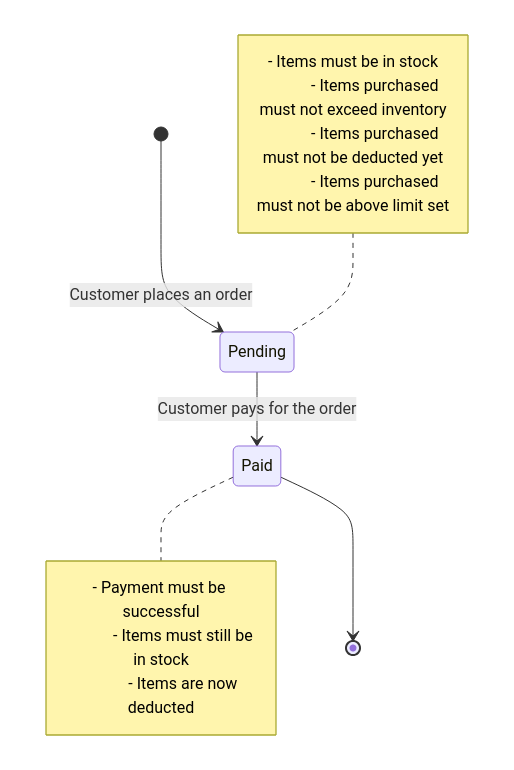
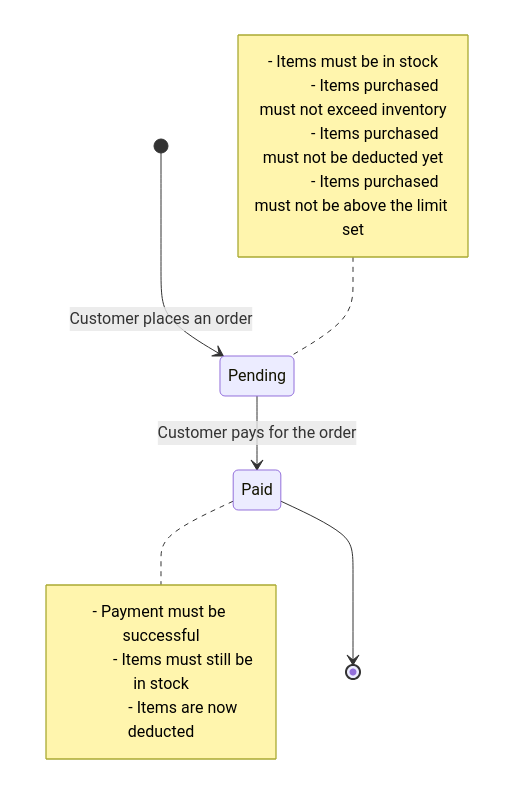
The fifth of 7 diagrams in content/posts/statechart.md (JianLoong/jianloong.github.io), drawn with Mermaid before and after one commit. The commit also changed other lines of this file and 66 other files, not shown here.

```diff
--- a/content/posts/statechart.md
+++ b/content/posts/statechart.md
@@ -109,19 +114,19 @@
 {{<mermaid align="center">}}
 stateDiagram-v2
 
-    [*] --> Pending : Customer places an order
+    [*] --> Pending: Customer places an order
         note left of Pending
             - Items must be in stock
             - Items purchased must not exceed inventory
             - Items purchased must not be deducted yet
-            - Items purchased must not be above limit set
+            - Items purchased must not be above the limit set
         end note
     Pending-->Paid: Customer pays for the order
             note right of Paid
             - Payment must be successful
             - Items must still be in stock
             - Items are now deducted
         end note
     Paid --> [*]
 
 {{< /mermaid >}}
```
